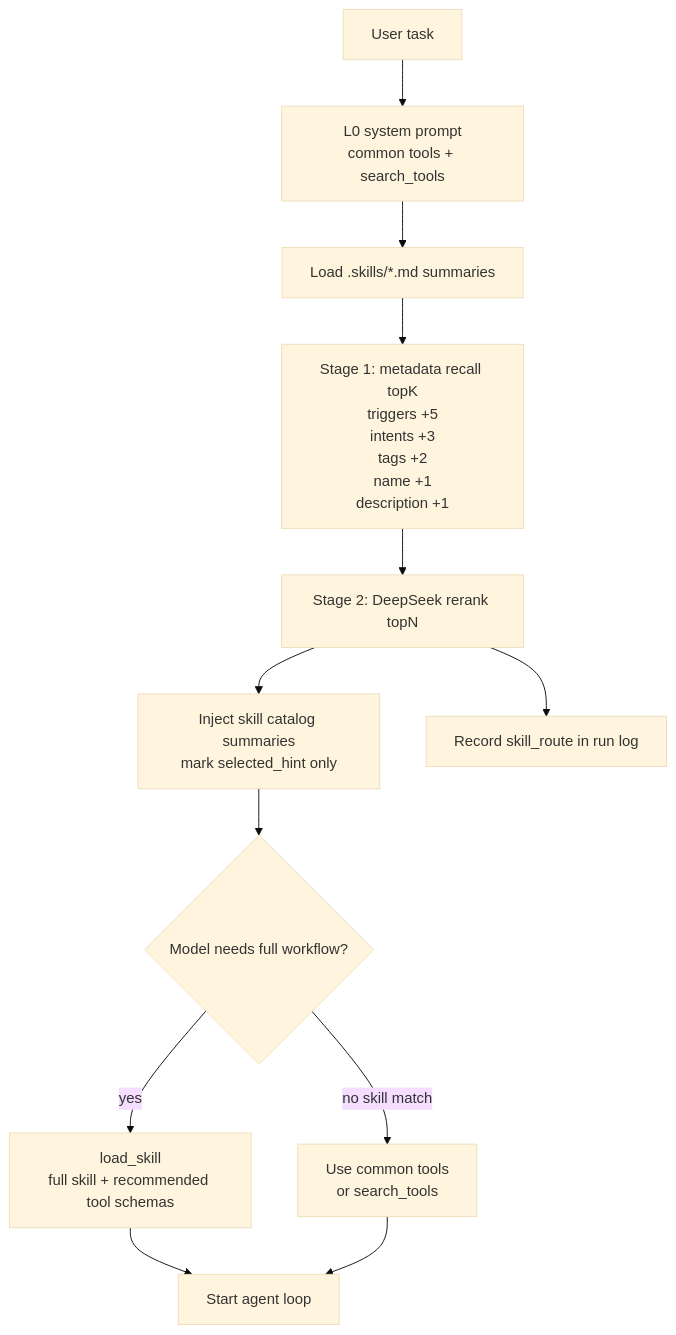
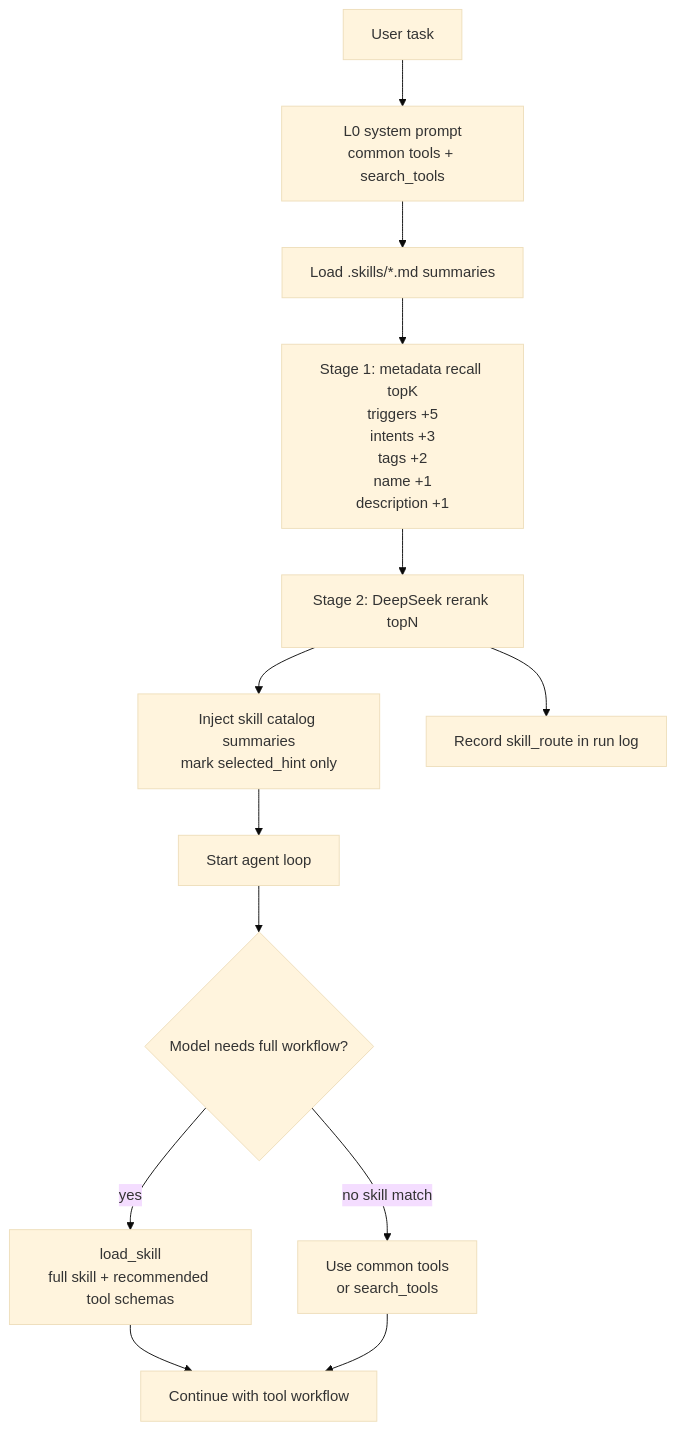
Before and after one commit to Cachuela11/MiniCode: the eighth of 16 diagrams in README.md, drawn with Mermaid (base theme). The commit also changed other lines of this file, not shown here.

````diff
--- a/README.md
+++ b/README.md
@@ -614,14 +614,15 @@
 ```mermaid
 flowchart TD
     A[User task] --> B[L0 system prompt<br/>common tools + search_tools]
     B --> C[Load .skills/*.md summaries]
     C --> D[Stage 1: metadata recall topK<br/>triggers +5<br/>intents +3<br/>tags +2<br/>name +1<br/>description +1]
     D --> E[Stage 2: DeepSeek rerank topN]
     E --> F[Inject skill catalog summaries<br/>mark selected_hint only]
-    F --> G{Model needs full workflow?}
+    F --> K[Start agent loop]
+    K --> G{Model needs full workflow?}
     G -->|yes| H[load_skill<br/>full skill + recommended tool schemas]
     G -->|no skill match| I[Use common tools<br/>or search_tools]
     E --> J[Record skill_route in run log]
-    H --> K[Start agent loop]
-    I --> K
+    H --> L[Continue with tool workflow]
+    I --> L
 ```
````
